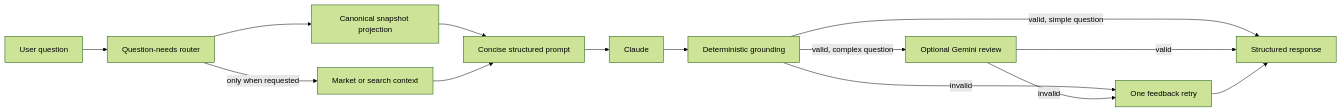
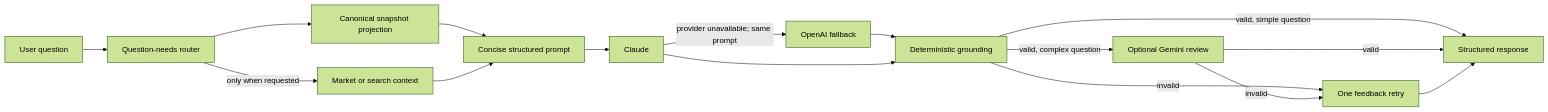
The diagram in docs/features/ASK_LINC_LLM_FINANCIAL_ANALYSIS.md (ethanteng/finsight), drawn with Mermaid (forest theme) before and after one commit. The commit also changed other lines of this file and 29 other files, not shown here.

````diff
--- a/docs/features/ASK_LINC_LLM_FINANCIAL_ANALYSIS.md
+++ b/docs/features/ASK_LINC_LLM_FINANCIAL_ANALYSIS.md
@@ -21,16 +21,18 @@
 ```mermaid
 flowchart LR
     A[User question] --> B[Question-needs router]
     B --> C[Canonical snapshot projection]
     B -->|only when requested| D[Market or search context]
     C --> E[Concise structured prompt]
     D --> E
     E --> F[Claude]
+    F -->|provider unavailable; same prompt| K[OpenAI fallback]
+    K --> G
     F --> G[Deterministic grounding]
     G -->|valid, simple question| H[Structured response]
     G -->|valid, complex question| I[Optional Gemini review]
     G -->|invalid| J[One feedback retry]
     I -->|invalid| J
     I -->|valid| H
     J --> H
 ```
````
